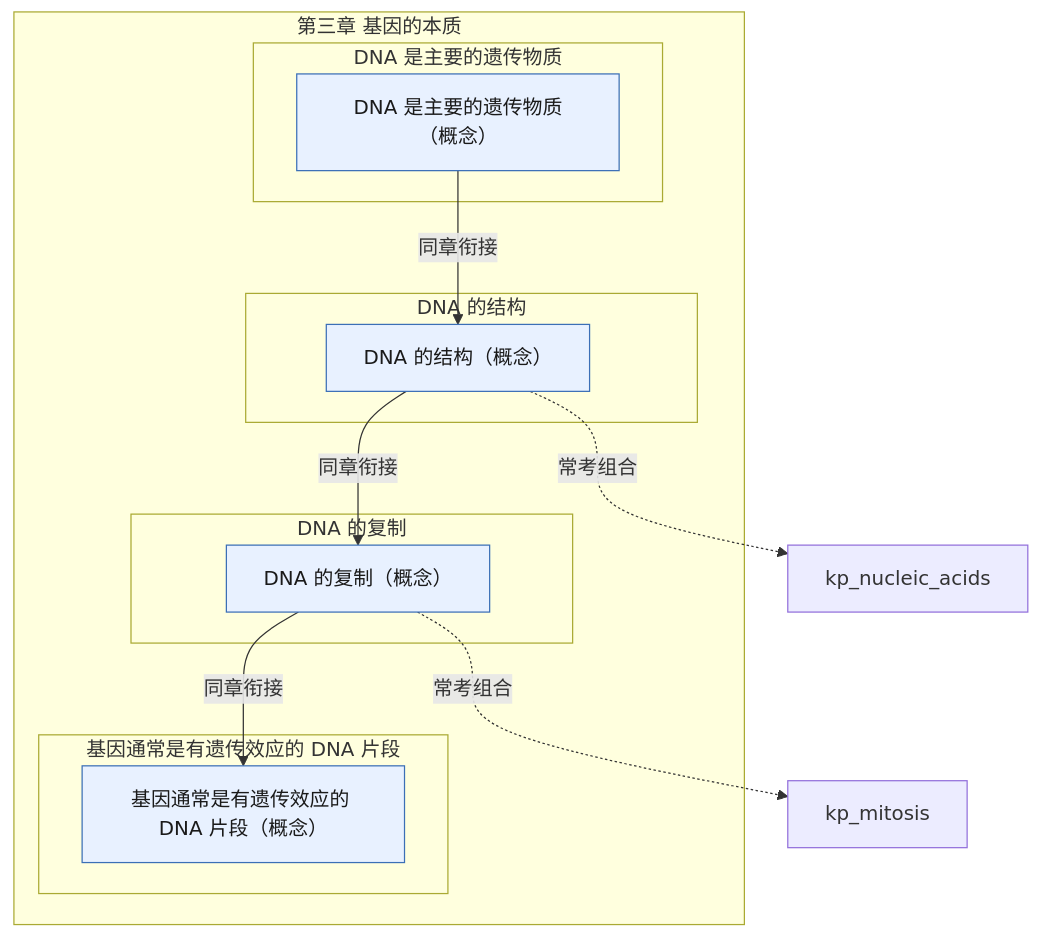
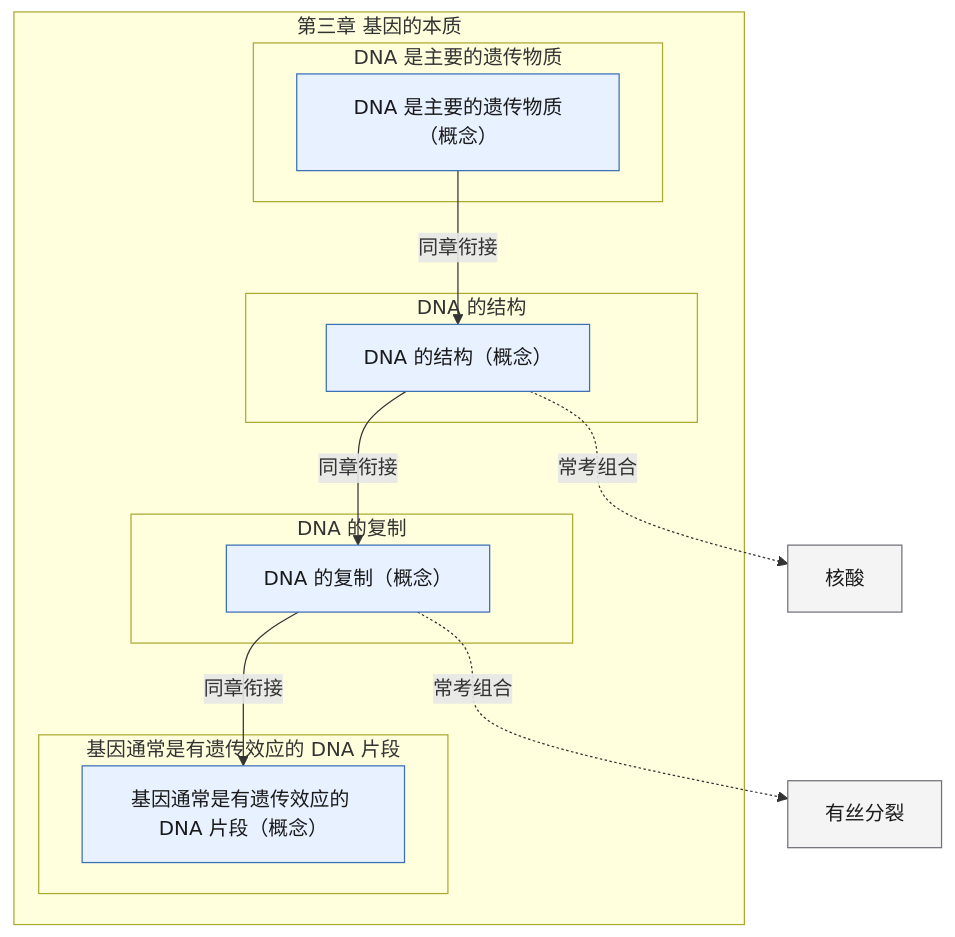
The diagram in skills/high-school-ai-tutor/references/pep-bio-bx2-ch3.md (lihenair/high-school-ai-tutor-skill), drawn with Mermaid before and after one commit. The commit also changed 20 other files, not shown here.

Commit message:
feat(graph): 跨章常考组合渲染为中文显示名（灰色外部节点），不再显示英文代号

````diff
--- a/skills/high-school-ai-tutor/references/pep-bio-bx2-ch3.md
+++ b/skills/high-school-ai-tutor/references/pep-bio-bx2-ch3.md
@@ -5,26 +5,26 @@
 ```mermaid
 flowchart TD
   classDef concept fill:#E8F1FF,stroke:#3B6FB6,color:#1A1A1A
   classDef skill fill:#E7F6EE,stroke:#2E7D4F,color:#1A1A1A
   classDef experiment fill:#FFF4E5,stroke:#C47B17,color:#1A1A1A
   classDef later fill:#F4F4F5,stroke:#71717A,color:#1A1A1A
   subgraph ch["第三章 基因的本质"]
     subgraph s1["DNA 是主要的遗传物质"]
       kp_dna_genetic_material["DNA 是主要的遗传物质（概念）"]:::concept
     end
     subgraph s2["DNA 的结构"]
       kp_dna_structure["DNA 的结构（概念）"]:::concept
     end
     subgraph s3["DNA 的复制"]
       kp_dna_replication["DNA 的复制（概念）"]:::concept
     end
     subgraph s4["基因通常是有遗传效应的 DNA 片段"]
       kp_gene_dna_fragment["基因通常是有遗传效应的 DNA 片段（概念）"]:::concept
     end
   end
   kp_dna_genetic_material -->|同章衔接| kp_dna_structure
   kp_dna_structure -->|同章衔接| kp_dna_replication
   kp_dna_replication -->|同章衔接| kp_gene_dna_fragment
-  kp_dna_structure -.->|常考组合| kp_nucleic_acids
-  kp_dna_replication -.->|常考组合| kp_mitosis
+  kp_dna_structure -.->|常考组合| kp_nucleic_acids["核酸"]:::later
+  kp_dna_replication -.->|常考组合| kp_mitosis["有丝分裂"]:::later
 ```
````
